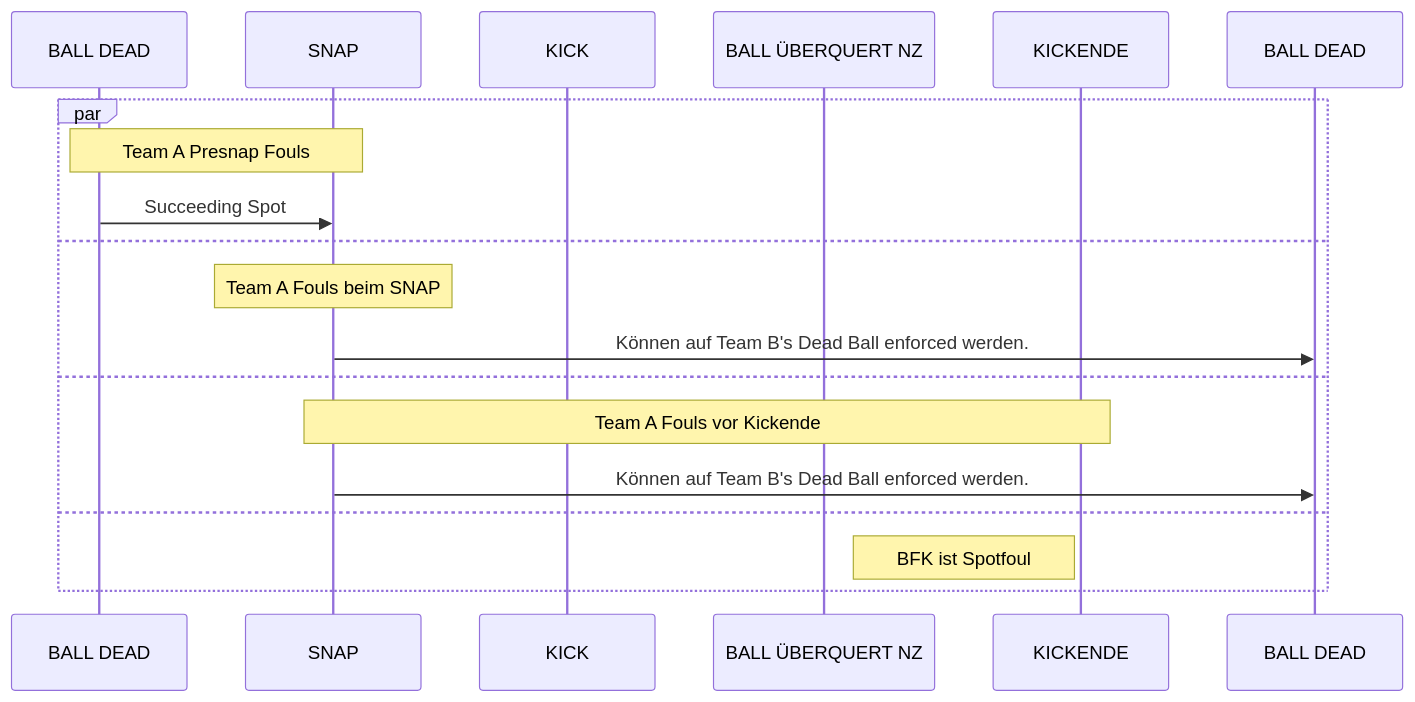
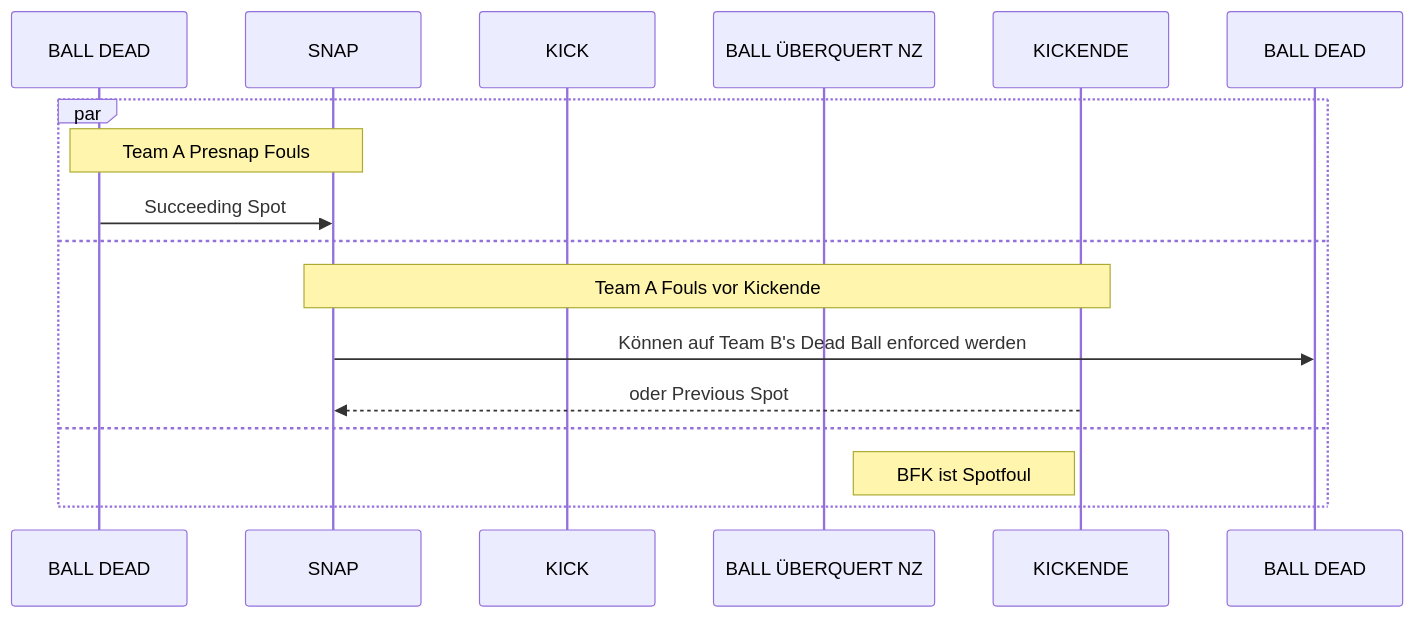
The fourth of 5 diagrams in docs/scrimmage_kicks.md (mschwieger/alizenz), drawn with Mermaid before and after one commit.

````diff
--- a/docs/scrimmage_kicks.md
+++ b/docs/scrimmage_kicks.md
@@ -75,21 +75,19 @@
 ``` mermaid
 sequenceDiagram
     participant PREDEAD as BALL DEAD
     participant SNAP
     participant KICK
     participant NZ as BALL ÜBERQUERT NZ
     participant KICKENDE
     participant BALLDEAD as BALL DEAD
     par
     note over PREDEAD,SNAP: Team A Presnap Fouls
     PREDEAD ->> SNAP: Succeeding Spot 
     and
-    note over SNAP: Team A Fouls beim SNAP
-    SNAP->>BALLDEAD: Können auf Team B's Dead Ball enforced werden.
-    and
     note over SNAP,KICKENDE: Team A Fouls vor Kickende
-    SNAP->>BALLDEAD: Können auf Team B's Dead Ball enforced werden.
+    SNAP->>BALLDEAD: Können auf Team B's Dead Ball enforced werden
+    KICKENDE-->>SNAP: oder Previous Spot
     and
     note right of NZ: BFK ist Spotfoul
     end
 ```
````
